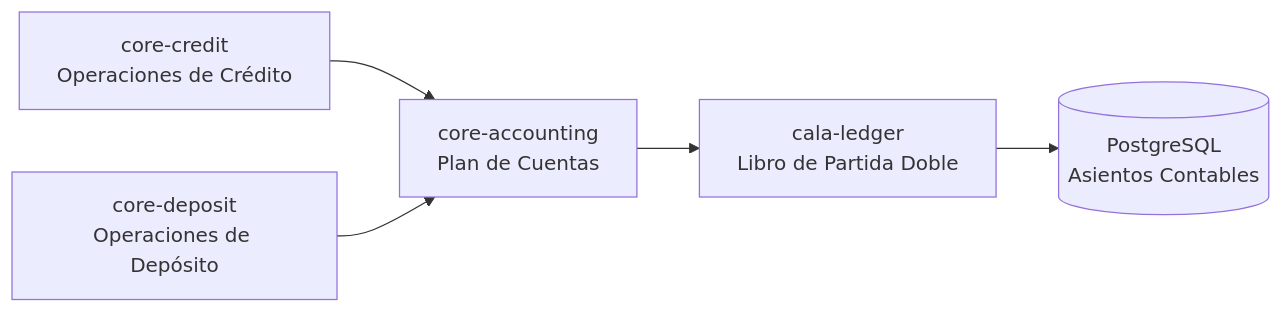
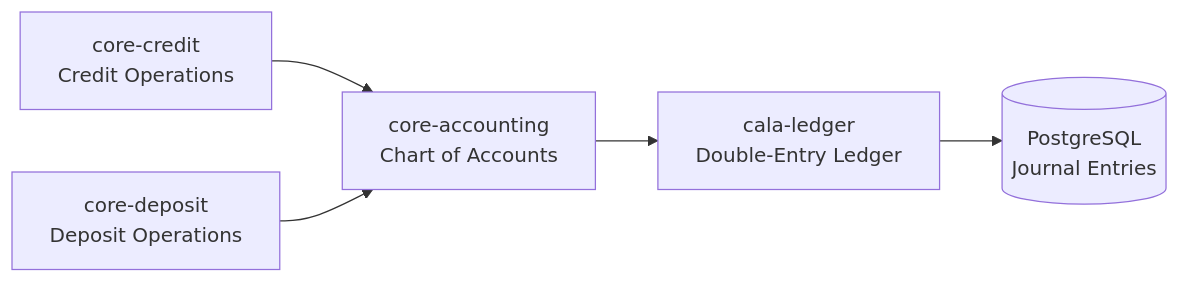
Before and after one commit to GaloyMoney/lana-bank: the first of 3 diagrams in docs-site/i18n/es/docusaurus-plugin-content-docs/current/for-internal-developers/cala-ledger-integration.md, drawn with Mermaid. The commit also changed other lines of this file and 76 other files, not shown here.

````diff
--- a/docs-site/i18n/es/docusaurus-plugin-content-docs/current/for-internal-developers/cala-ledger-integration.md
+++ b/docs-site/i18n/es/docusaurus-plugin-content-docs/current/for-internal-developers/cala-ledger-integration.md
@@ -11,7 +11,7 @@
 ```mermaid
 graph LR
-    CC["core-credit<br/>Operaciones de Crédito"] --> CA["core-accounting<br/>Plan de Cuentas"]
-    CD["core-deposit<br/>Operaciones de Depósito"] --> CA
-    CA --> CALA["cala-ledger<br/>Libro de Partida Doble"]
-    CALA --> PG[("PostgreSQL<br/>Asientos Contables")]
+    CC["core-credit<br/>Credit Operations"] --> CA["core-accounting<br/>Chart of Accounts"]
+    CD["core-deposit<br/>Deposit Operations"] --> CA
+    CA --> CALA["cala-ledger<br/>Double-Entry Ledger"]
+    CALA --> PG[("PostgreSQL<br/>Journal Entries")]
 ```
````
